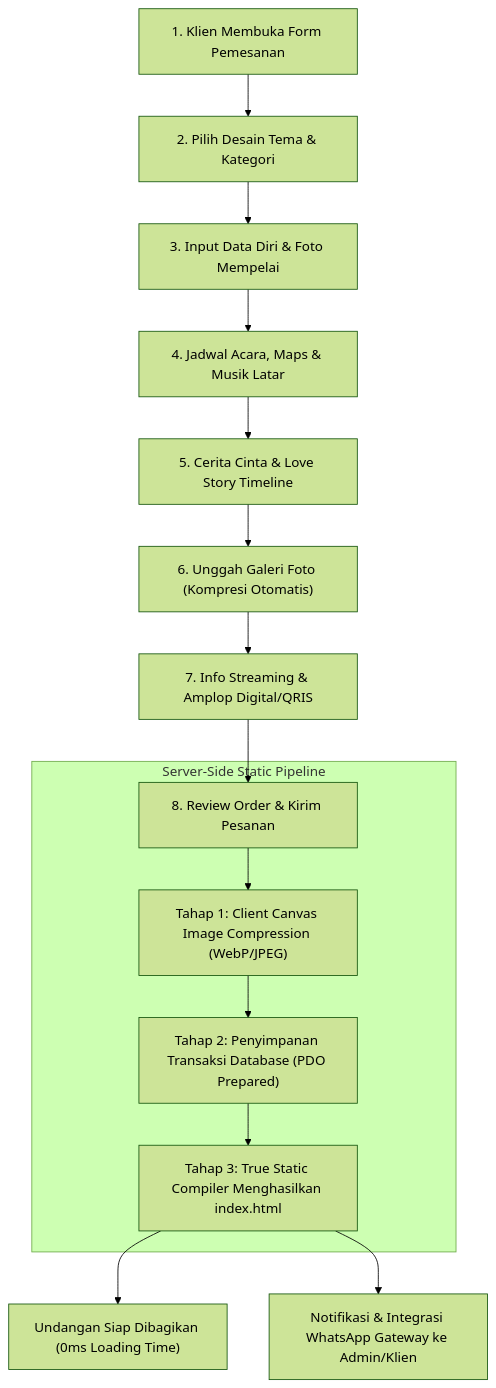
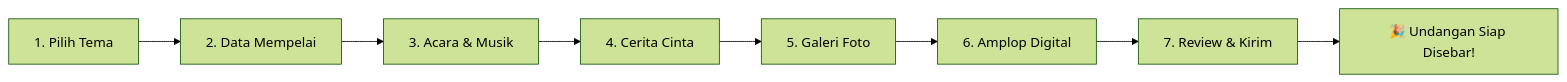
Before and after one commit to FD-ZENN/order-permata: the diagram in README.md, drawn with Mermaid (forest theme). The commit also changed other lines of this file and 1 other file, not shown here.

````diff
--- a/README.md
+++ b/README.md
@@ -17,19 +23,10 @@
 ```mermaid
-flowchart TD
-    A["1. Klien Membuka Form Pemesanan"] --> B["2. Pilih Desain Tema & Kategori"]
-    B --> C["3. Input Data Diri & Foto Mempelai"]
-    C --> D["4. Jadwal Acara, Maps & Musik Latar"]
-    D --> E["5. Cerita Cinta & Love Story Timeline"]
-    E --> F["6. Unggah Galeri Foto (Kompresi Otomatis)"]
-    F --> G["7. Info Streaming & Amplop Digital/QRIS"]
-    G --> H["8. Review Order & Kirim Pesanan"]
-    
-    subgraph ProcessingModal ["Server-Side Static Pipeline"]
-        H --> I["Tahap 1: Client Canvas Image Compression (WebP/JPEG)"]
-        I --> J["Tahap 2: Penyimpanan Transaksi Database (PDO Prepared)"]
-        J --> K["Tahap 3: True Static Compiler Menghasilkan index.html"]
-    end
-    
-    K --> L["Undangan Siap Dibagikan (0ms Loading Time)"]
-    K --> M["Notifikasi & Integrasi WhatsApp Gateway ke Admin/Klien"]
+flowchart LR
+    A["1. Pilih Tema"] --> B["2. Data Mempelai"]
+    B --> C["3. Acara & Musik"]
+    C --> D["4. Cerita Cinta"]
+    D --> E["5. Galeri Foto"]
+    E --> F["6. Amplop Digital"]
+    F --> G["7. Review & Kirim"]
+    G --> H["🎉 Undangan Siap Disebar!"]
 ```
````
